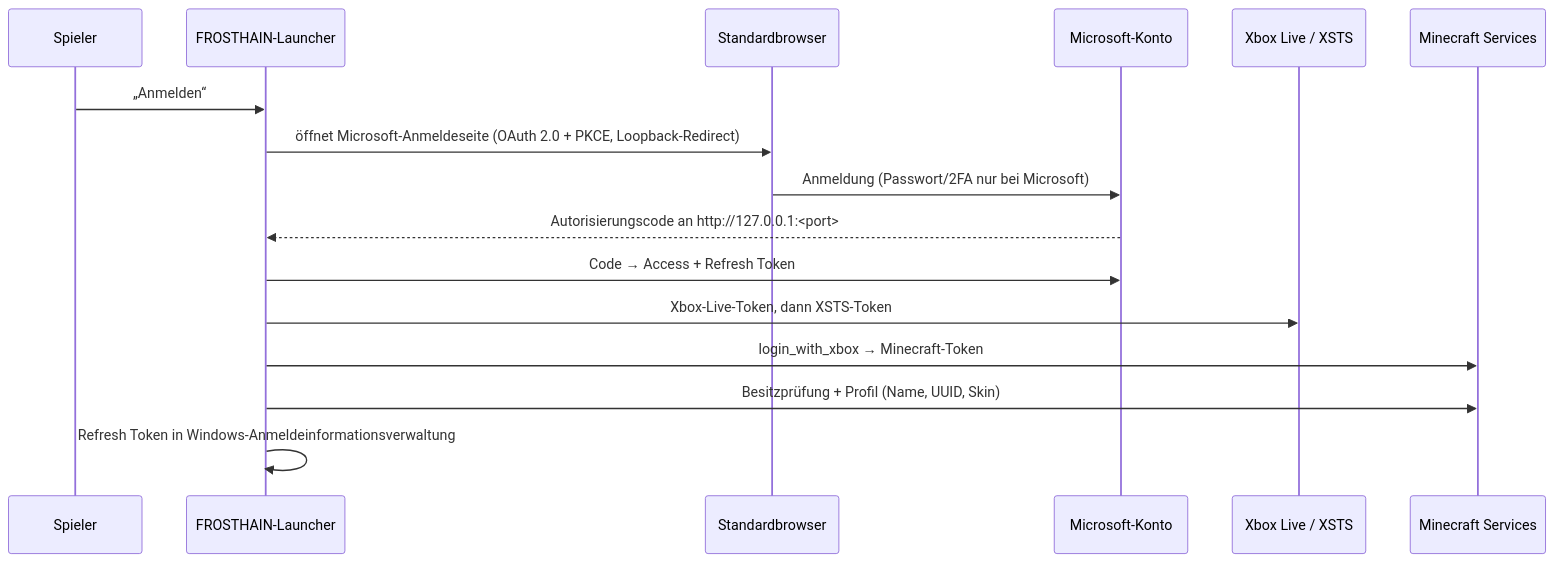
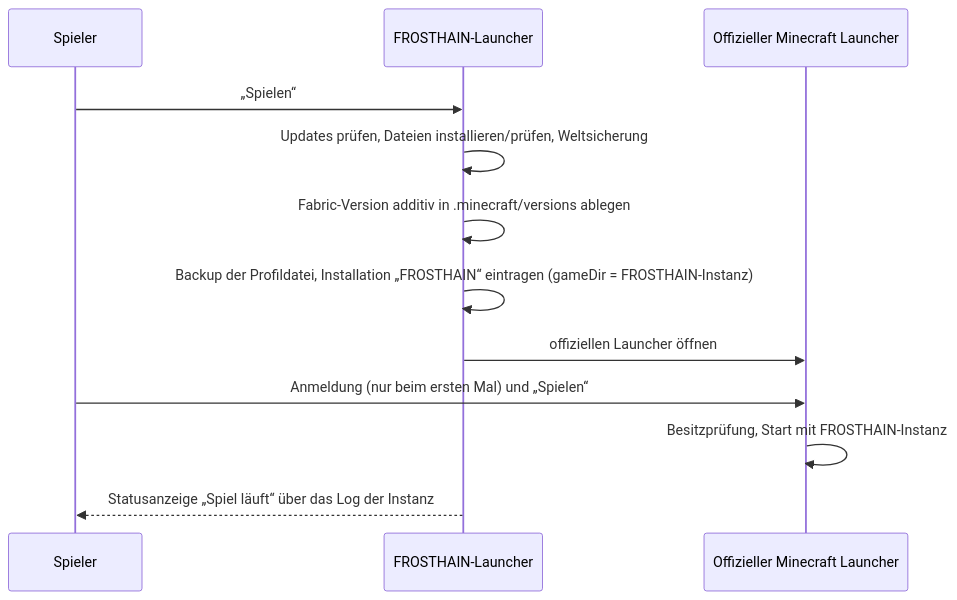
Before and after one commit to danilohuth888-create/Frosthain: the diagram in docs/04-launcher-konzept.md, drawn with Mermaid. The commit also changed other lines of this file and 4 other files, not shown here.

````diff
--- a/docs/04-launcher-konzept.md
+++ b/docs/04-launcher-konzept.md
@@ -37,18 +40,14 @@
 ```mermaid
 sequenceDiagram
   participant U as Spieler
-  participant L as FROSTHAIN-Launcher
-  participant B as Standardbrowser
-  participant MS as Microsoft-Konto
-  participant X as Xbox Live / XSTS
-  participant M as Minecraft Services
-  U->>L: „Anmelden“
-  L->>B: öffnet Microsoft-Anmeldeseite (OAuth 2.0 + PKCE, Loopback-Redirect)
-  B->>MS: Anmeldung (Passwort/2FA nur bei Microsoft)
-  MS-->>L: Autorisierungscode an http://127.0.0.1:<port>
-  L->>MS: Code → Access + Refresh Token
-  L->>X: Xbox-Live-Token, dann XSTS-Token
-  L->>M: login_with_xbox → Minecraft-Token
-  L->>M: Besitzprüfung + Profil (Name, UUID, Skin)
-  L->>L: Refresh Token in Windows-Anmeldeinformationsverwaltung
+  participant F as FROSTHAIN-Launcher
+  participant O as Offizieller Minecraft Launcher
+  U->>F: „Spielen“
+  F->>F: Updates prüfen, Dateien installieren/prüfen, Weltsicherung
+  F->>F: Fabric-Version additiv in .minecraft/versions ablegen
+  F->>F: Backup der Profildatei, Installation „FROSTHAIN“ eintragen (gameDir = FROSTHAIN-Instanz)
+  F->>O: offiziellen Launcher öffnen
+  U->>O: Anmeldung (nur beim ersten Mal) und „Spielen“
+  O->>O: Besitzprüfung, Start mit FROSTHAIN-Instanz
+  F-->>U: Statusanzeige „Spiel läuft“ über das Log der Instanz
 ```
````
